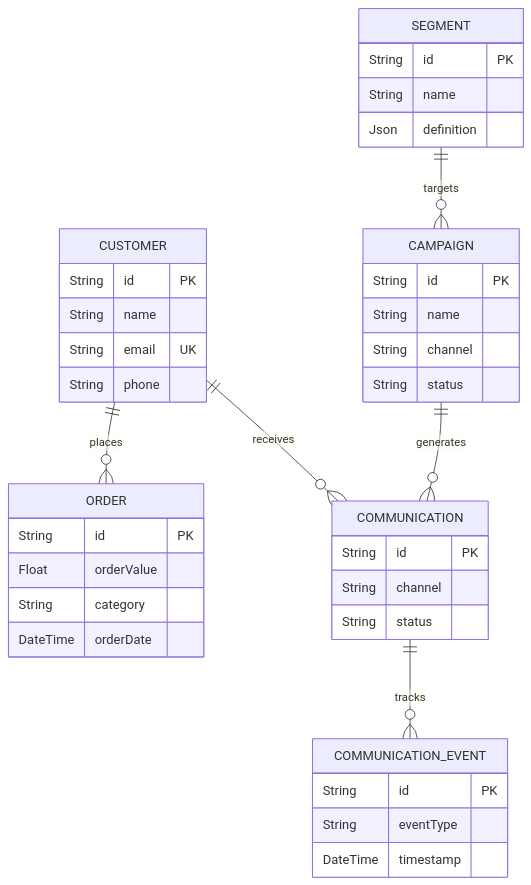
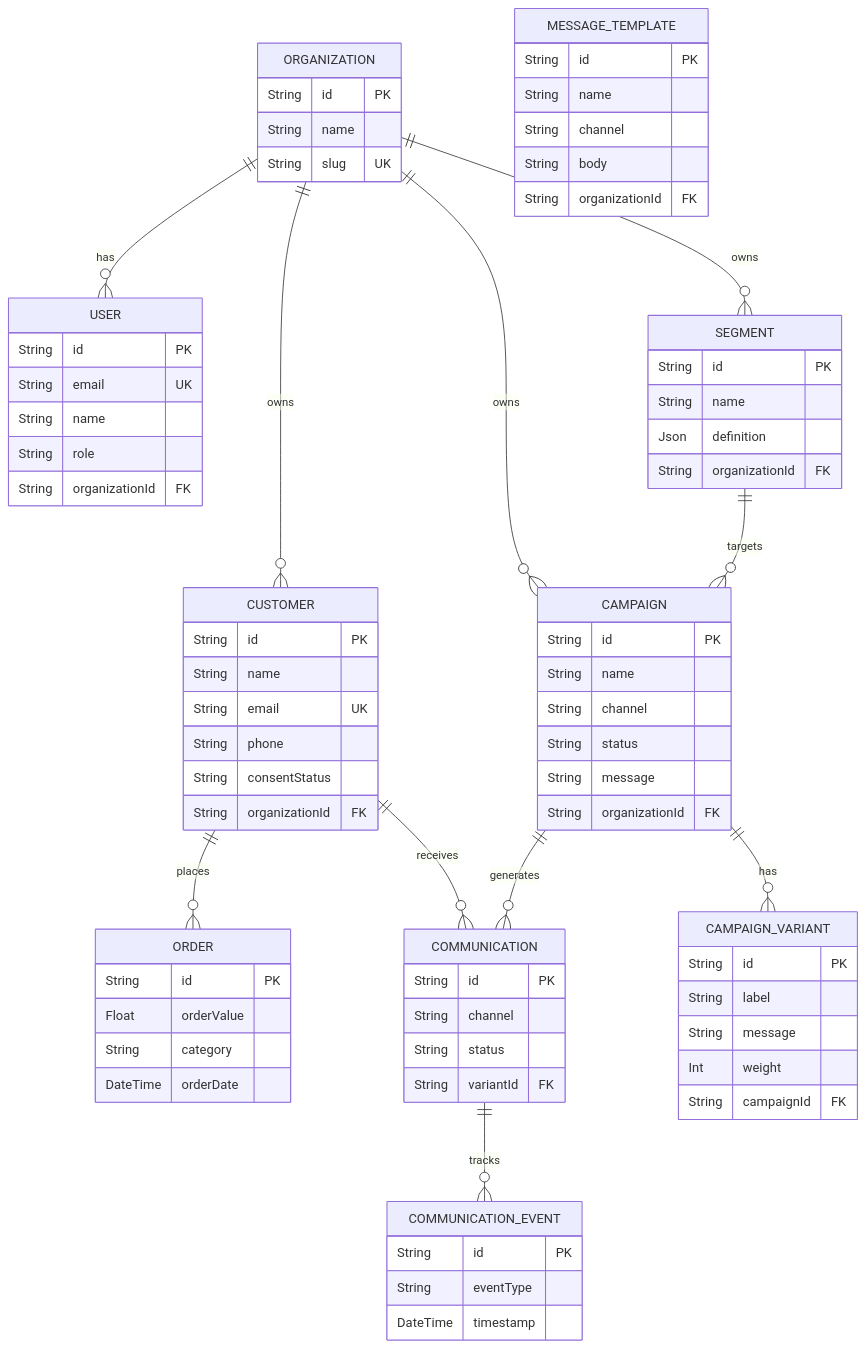
The second of 2 diagrams in README.md (madhav-gfn/Basic-AI-Based-CRM), drawn with Mermaid before and after one commit. The commit also changed other lines of this file and 5 other files, not shown here.

````diff
--- a/README.md
+++ b/README.md
@@ -67,42 +68,79 @@
 ```mermaid
 erDiagram
+    ORGANIZATION ||--o{ USER : has
+    ORGANIZATION ||--o{ CUSTOMER : owns
+    ORGANIZATION ||--o{ SEGMENT : owns
+    ORGANIZATION ||--o{ CAMPAIGN : owns
     CUSTOMER ||--o{ ORDER : places
     CUSTOMER ||--o{ COMMUNICATION : receives
     SEGMENT ||--o{ CAMPAIGN : targets
     CAMPAIGN ||--o{ COMMUNICATION : generates
+    CAMPAIGN ||--o{ CAMPAIGN_VARIANT : has
     COMMUNICATION ||--o{ COMMUNICATION_EVENT : tracks
 
+    ORGANIZATION {
+        String id PK
+        String name
+        String slug UK
+    }
+    USER {
+        String id PK
+        String email UK
+        String name
+        String role
+        String organizationId FK
+    }
     CUSTOMER {
         String id PK
         String name
         String email UK
         String phone
+        String consentStatus
+        String organizationId FK
     }
     ORDER {
         String id PK
         Float orderValue
         String category
         DateTime orderDate
     }
     SEGMENT {
         String id PK
         String name
         Json definition
+        String organizationId FK
     }
     CAMPAIGN {
         String id PK
         String name
         String channel
         String status
+        String message
+        String organizationId FK
+    }
+    CAMPAIGN_VARIANT {
+        String id PK
+        String label
+        String message
+        Int weight
+        String campaignId FK
+    }
+    MESSAGE_TEMPLATE {
+        String id PK
+        String name
+        String channel
+        String body
+        String organizationId FK
     }
     COMMUNICATION {
         String id PK
         String channel
         String status
+        String variantId FK
     }
     COMMUNICATION_EVENT {
         String id PK
         String eventType
         DateTime timestamp
     }
 ```
````
